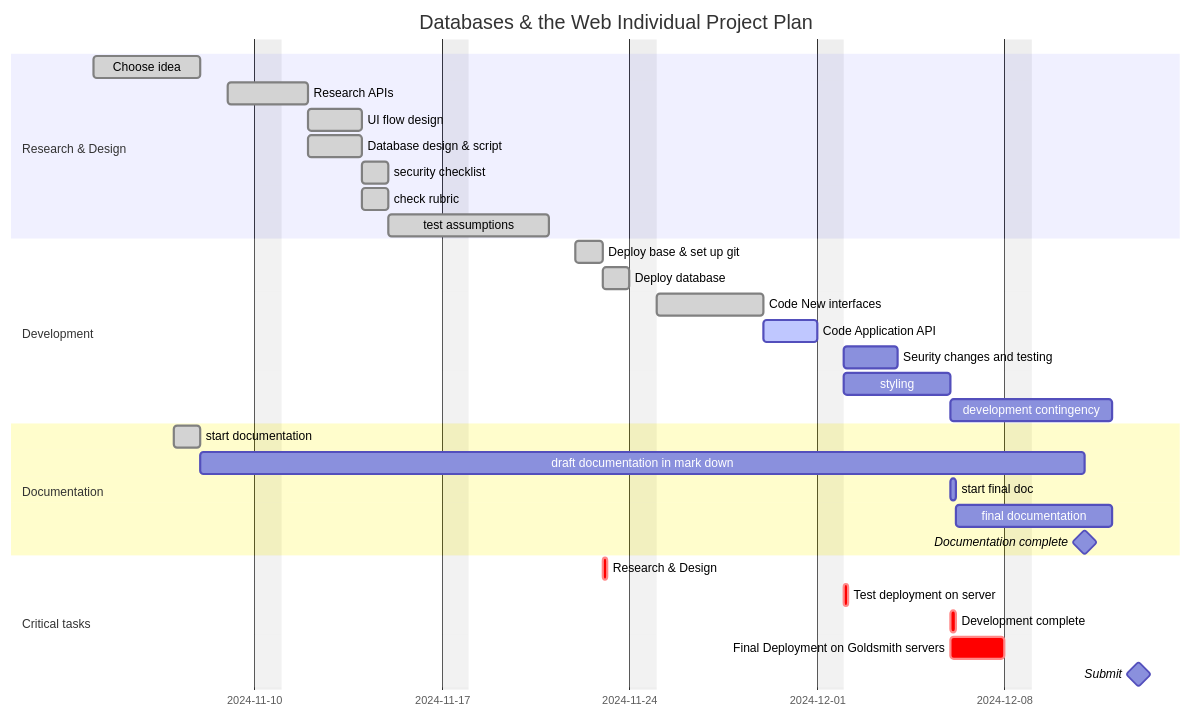
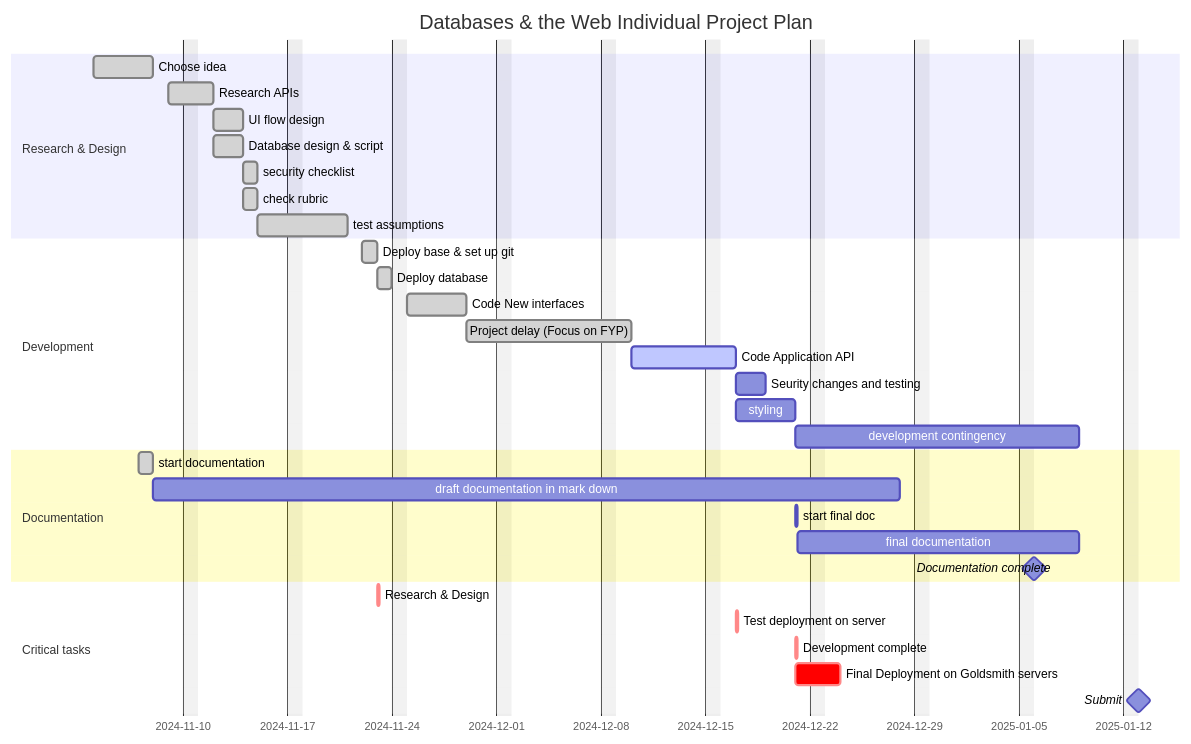
Before and after one commit to jbrun001/APIProject: the first of 3 diagrams in README.md, drawn with Mermaid. The commit also changed 2 other files, not shown here.

Commit message:
Adjust project plan to fit final year project work which delayed this project and deadline changes. Prior changes not syncd for sql insert and data sets passed from funds.js

````diff
--- a/README.md
+++ b/README.md
@@ -2,42 +2,43 @@
 ```mermaid
 
 gantt
     dateFormat  YYYY-MM-DD
     title       Databases & the Web Individual Project Plan
     excludes    sunday
     %% (`excludes` accepts specific dates in YYYY-MM-DD format, days of the week ("sunday") or "weekends", but not the word "weekdays".)
 
     section Research & Design
     Choose idea             :done,    rd1, 2024-11-04,2024-11-08
     Research APIs           :done,    rd2, 2024-11-09, 2d
     UI flow design          :done,    rd3, after rd2, 2d
     Database design & script  :done,    rd3d, after rd2, 2d
     security checklist      :done,  rd4, after rd3, 1d
     check rubric            :done,  rd5, after rd3, 1d
     test assumptions        :done, rd6, after rd5, 5d
 
     section Development
     Deploy base & set up git  :done,    d1, 2024-11-22,1d
     Deploy database          :done,    d2, after d1, 1d
     Code New interfaces       :done,    d3, after d2, 4d
-    Code Application API      :active,    dd3a, after d3, 2d
+    Project delay (Focus on FYP) :done,    delay1, after d3, 9d
+    Code Application API      :active,    dd3a, after delay1, 6d
     Seurity changes and testing :  d4, after dd3a, 2d
     styling                   :    d6, after dd3a, 4d
     development contingency           :until doccomplete
 
     section Documentation
     start documentation :done,    d0, 2024-11-07,2024-11-08   
     draft documentation in mark down  :until finaldoc
     start final doc            :finaldoc, after d6, 4h
     final documentation :until doccomplete 
-    Documentation complete              :milestone, doccomplete, 2024-12-11, 0d
+    Documentation complete              :milestone, doccomplete, 2025-01-06, 0d
 
     section Critical tasks
     Research & Design                   :crit, after d1, 4h
     Test deployment on server :crit,    dd3c, after dd3a, 4h
     Development complete                :crit, after d6, 4h
     Final Deployment on Goldsmith servers :crit, after d6, 2d
-    Submit                              :milestone, 2024-12-13, 0d
+    Submit                              :milestone, 2025-01-13, 0d
 
 
 ```
````
